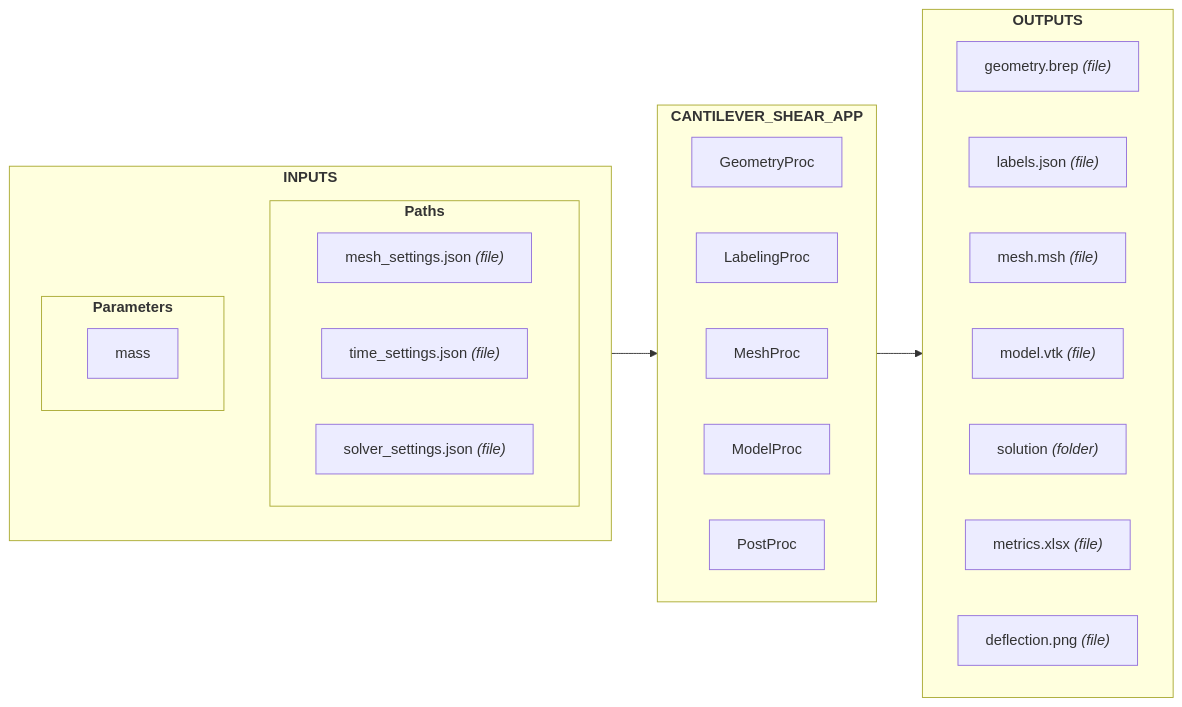
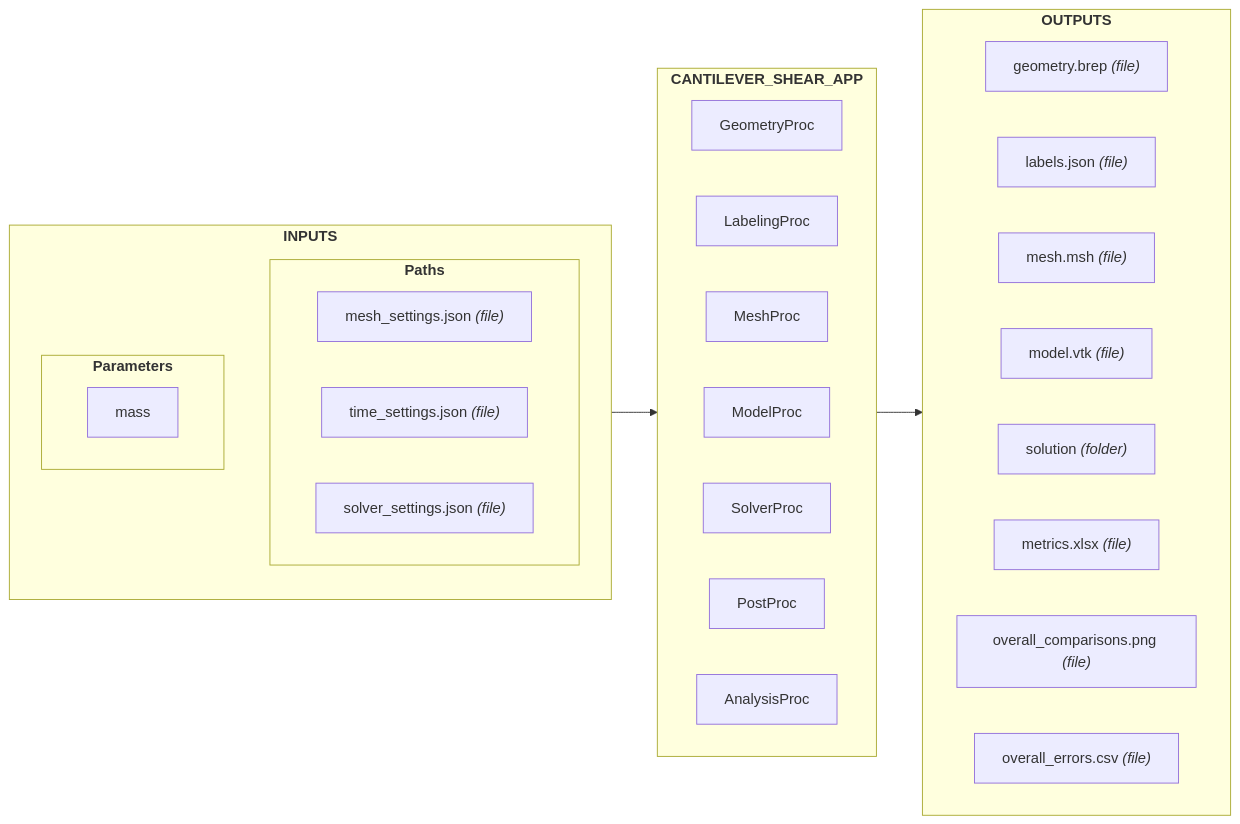
The ninth of 16 diagrams in src/nuremics_labs/apps/simulation/CANTILEVER_SHEAR_APP/README.md (nuremics/sim-labs), drawn with Mermaid before and after one commit. The commit also changed other lines of this file and 4 other files, not shown here.

Commit message:
add AnalysisProc

````diff
--- a/src/nuremics_labs/apps/simulation/CANTILEVER_SHEAR_APP/README.md
+++ b/src/nuremics_labs/apps/simulation/CANTILEVER_SHEAR_APP/README.md
@@ -204,42 +224,44 @@
 ```mermaid
 flowchart LR
   subgraph Inputs[<b>INPUTS<b>]
     direction TB
 
     subgraph Paths[<b>Paths<b>]
       direction LR
       path1["mesh_settings.json <i>(file)<i>"]
       path2["time_settings.json <i>(file)<i>"]
       path3["solver_settings.json <i>(file)<i>"]
     end
 
     subgraph Parameters[<b>Parameters<b>]
       direction LR
       param1["mass"]
     end
   end
 
   subgraph App[<b>CANTILEVER_SHEAR_APP<b>]
     direction RL
     proc1["GeometryProc"]
     proc2["LabelingProc"]
     proc3["MeshProc"]
     proc4["ModelProc"]
     proc5["SolverProc"]
-    proc5["PostProc"]
+    proc6["PostProc"]
+    proc7["AnalysisProc"]
   end
 
   subgraph Outputs[<b>OUTPUTS<b>]
     direction RL
     out1["geometry.brep <i>(file)<i>"]
     out2["labels.json <i>(file)<i>"]
     out3["mesh.msh <i>(file)<i>"]
     out4["model.vtk <i>(file)<i>"]
     out5["solution <i>(folder)<i>"]
     out6["metrics.xlsx <i>(file)<i>"]
-    out7["deflection.png <i>(file)<i>"]
+    out7["overall_comparisons.png <i>(file)<i>"]
+    out8["overall_errors.csv <i>(file)<i>"]
   end
 
   Inputs --> App
   App --> Outputs
 ```
````
